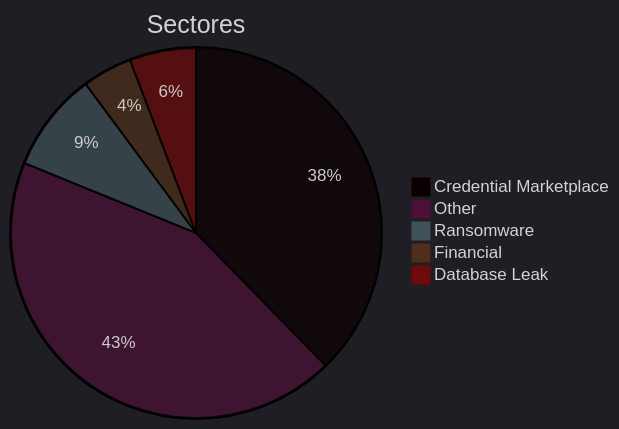
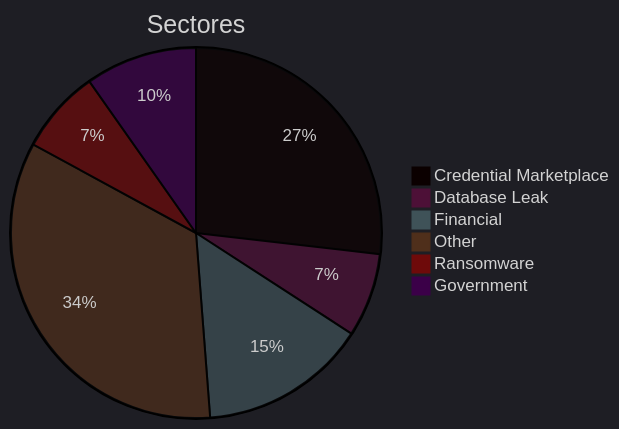
One commit to ZoqueLabs/website changed the second of 5 diagrams in exfiltradaz.md. Above: the diagram before and after it, drawn with Mermaid. The commit also changed other lines of this file, not shown here.

````diff
--- a/exfiltradaz.md
+++ b/exfiltradaz.md
@@ -67,12 +74,13 @@
 ```mermaid
 ---
 config:
   theme: dark
 ---
 pie title Sectores
-  "Credential Marketplace" : 26
-  "Other" : 30
-  "Ransomware" : 6
-  "Financial" : 3
-  "Database Leak" : 4
+  "Credential Marketplace" : 11
+  "Database Leak" : 3
+  "Financial" : 6
+  "Other" : 14
+  "Ransomware" : 3
+  "Government" : 4
 ```
````
